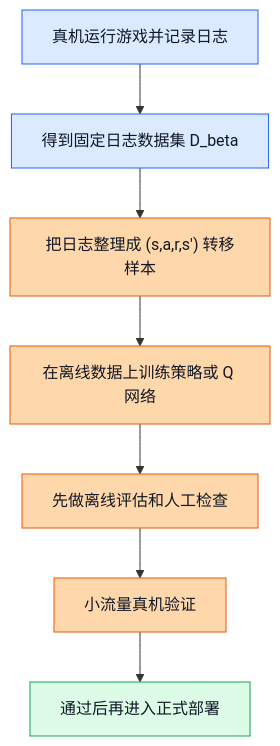
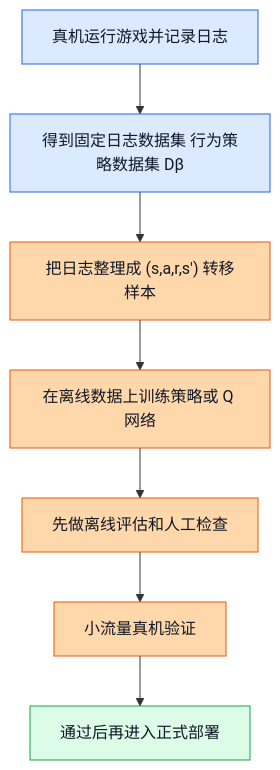
One commit to Mrphase/RL-Doc changed the first of 5 diagrams in learn/14_Offline_RL_Fundamentals.md. Above: the diagram before and after it, drawn with Mermaid. The commit also changed other lines of this file and 14 other files, not shown here.

First line of the commit message:
fix: clean mermaid labels in learn docs

````diff
--- a/learn/14_Offline_RL_Fundamentals.md
+++ b/learn/14_Offline_RL_Fundamentals.md
@@ -68,17 +68,17 @@
 ```mermaid
 flowchart TD
-    A["真机运行游戏并记录日志"] --> B["得到固定日志数据集 D_beta"]
+    A["真机运行游戏并记录日志"] --> B["得到固定日志数据集 行为策略数据集 Dβ"]
     B --> C["把日志整理成 (s,a,r,s') 转移样本"]
     C --> D["在离线数据上训练策略或 Q 网络"]
     D --> E["先做离线评估和人工检查"]
     E --> F["小流量真机验证"]
     F --> G["通过后再进入正式部署"]
 
     classDef input fill:#dbeafe,stroke:#2563eb,color:#111827;
     classDef process fill:#fed7aa,stroke:#ea580c,color:#111827;
     classDef output fill:#dcfce7,stroke:#16a34a,color:#111827;
 
     class A,B input;
     class C,D,E,F process;
     class G output;
 ```
````
